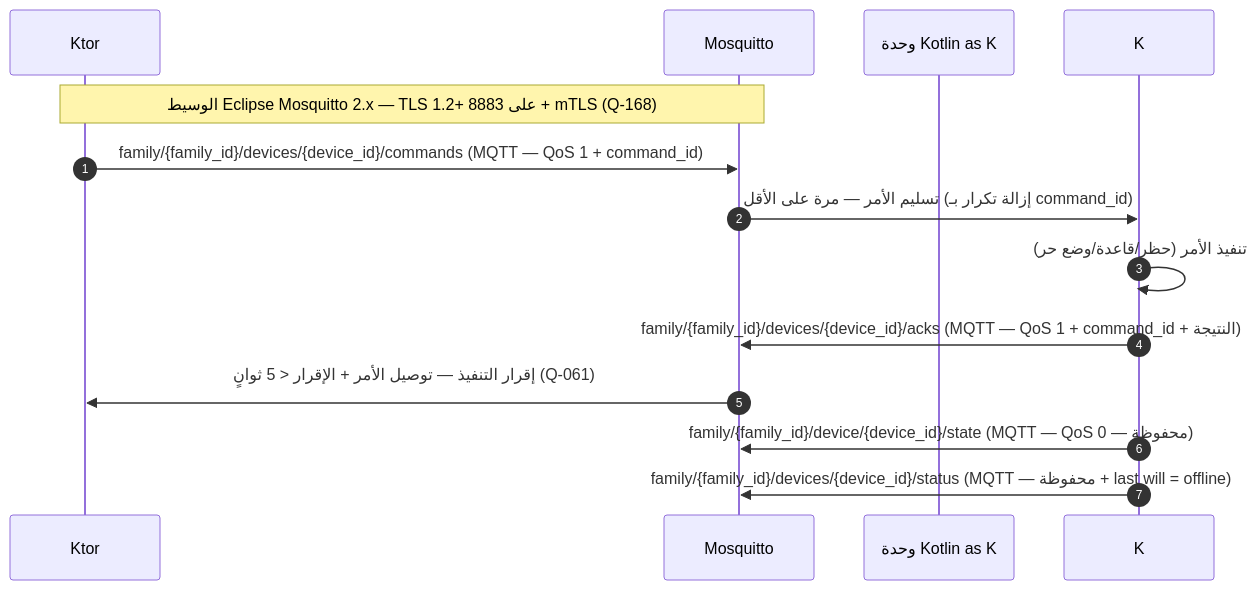
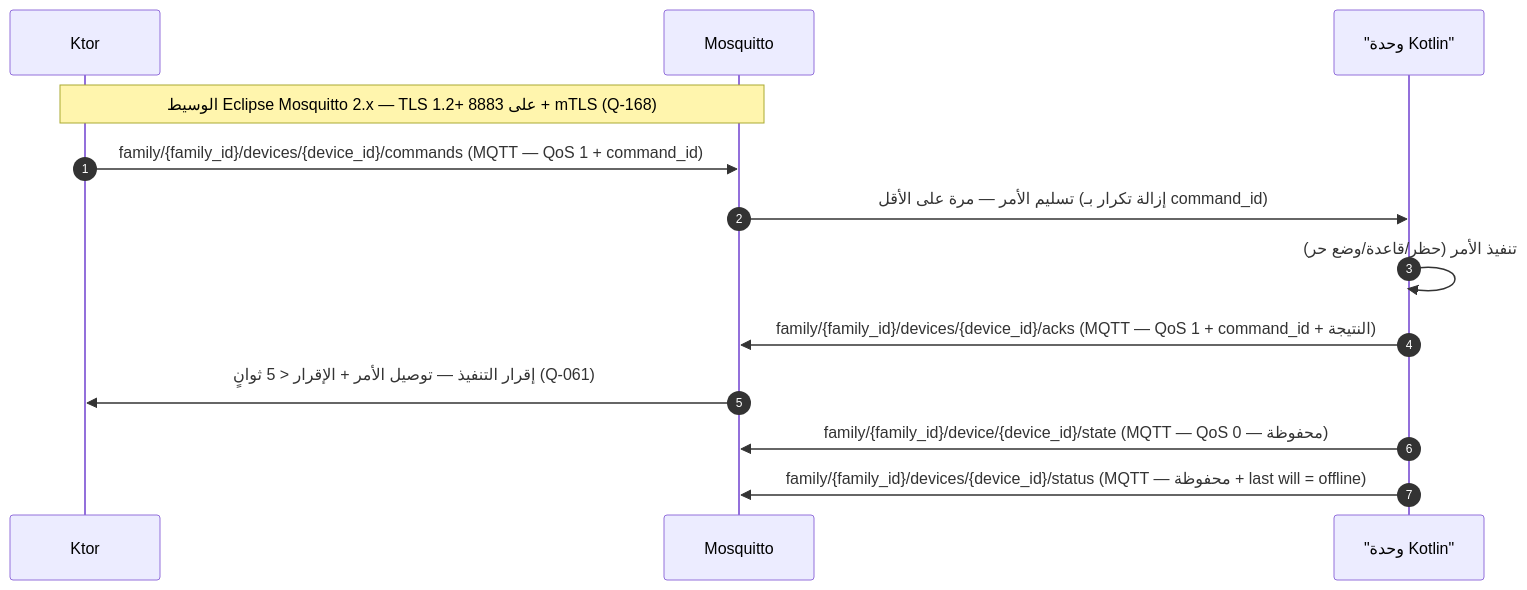
One commit to Bassam-mohammed-alqaeadi/family-os-v2 changed the tenth of 14 diagrams in docs/family-os/governance/phases/phase-1/S1-10-protection-and-enforcement/DIAGRAMS.md. Above: the diagram before and after it, drawn with Mermaid. The commit also changed other lines of this file and 10 other files, not shown here.

Commit message:
إغلاق المراجعة الشاملة R1–R5 (Q-196…Q-231) — المخططات DIAGRAMS + خريطة السياق (2/4)

````diff
--- a/docs/family-os/governance/phases/phase-1/S1-10-protection-and-enforcement/DIAGRAMS.md
+++ b/docs/family-os/governance/phases/phase-1/S1-10-protection-and-enforcement/DIAGRAMS.md
@@ -394,15 +404,15 @@
 ```mermaid
 sequenceDiagram
     autonumber
     participant الخادم as Ktor
     participant الوسيط as Mosquitto
-    participant وحدة Kotlin as K
+    participant K as "وحدة Kotlin"
     Note over الخادم,الوسيط: الوسيط Eclipse Mosquitto 2.x — TLS 1.2+ على 8883 + mTLS (Q-168)
     الخادم->>الوسيط: family/{family_id}/devices/{device_id}/commands (MQTT — QoS 1 + command_id)
     الوسيط->>K: تسليم الأمر — مرة على الأقل (إزالة تكرار بـ command_id)
     K->>K: تنفيذ الأمر (حظر/قاعدة/وضع حر)
     K->>الوسيط: family/{family_id}/devices/{device_id}/acks (MQTT — QoS 1 + command_id + النتيجة)
     الوسيط->>الخادم: إقرار التنفيذ — توصيل الأمر + الإقرار < 5 ثوانٍ (Q-061)
     K->>الوسيط: family/{family_id}/device/{device_id}/state (MQTT — QoS 0 — محفوظة)
     K->>الوسيط: family/{family_id}/devices/{device_id}/status (MQTT — محفوظة + last will = offline)
 ```
````
